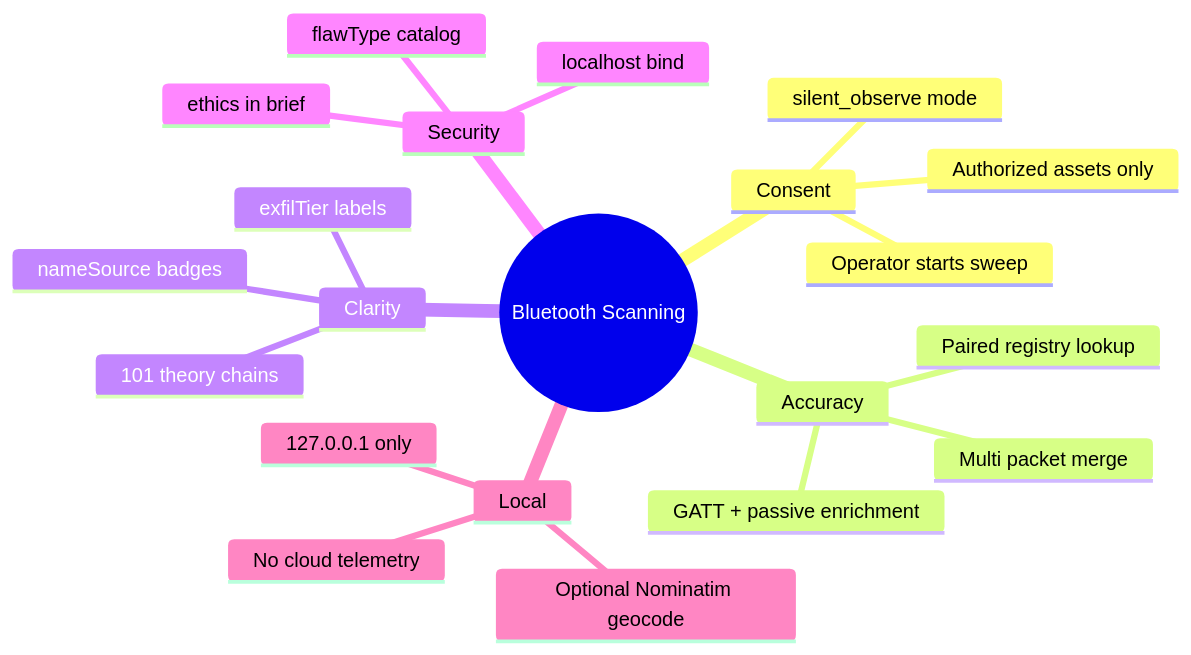
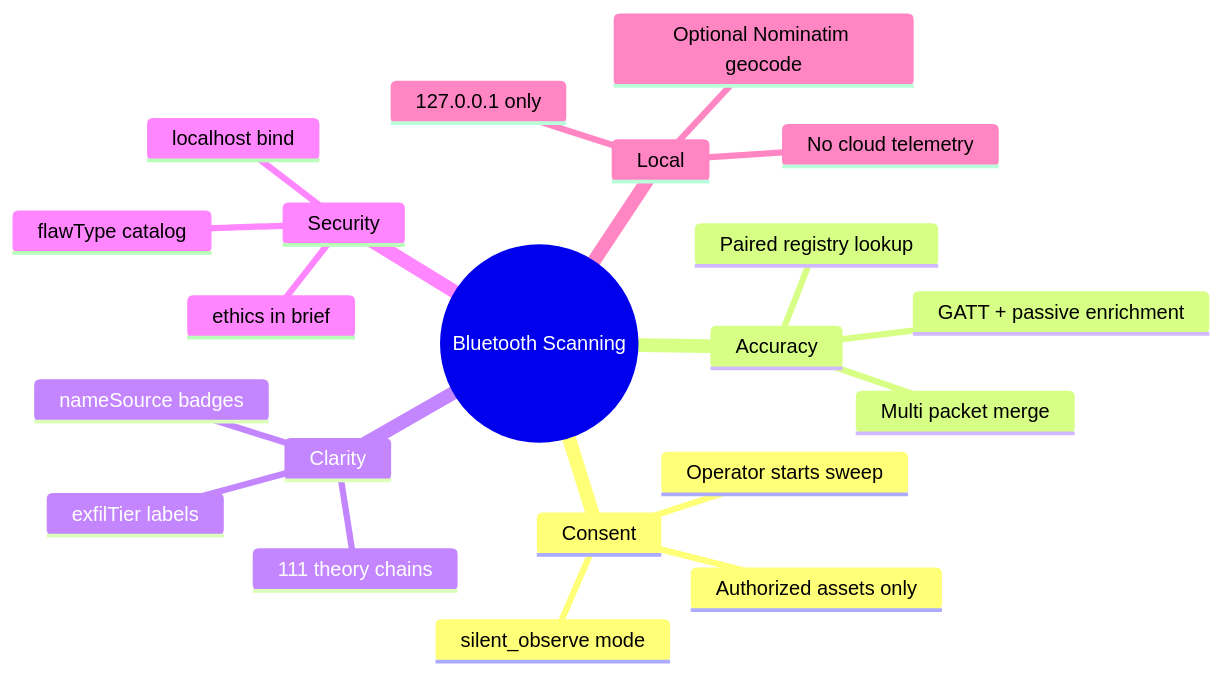
The sixth of 6 diagrams in README.md (shep95/bluetooth-scanning), drawn with Mermaid before and after one commit. The commit also changed other lines of this file and 4 other files, not shown here.

````diff
--- a/README.md
+++ b/README.md
@@ -595,24 +598,24 @@
 ```mermaid
 mindmap
   root((Bluetooth Scanning))
     Consent
       Operator starts sweep
       silent_observe mode
       Authorized assets only
     Accuracy
       Multi packet merge
       Paired registry lookup
       GATT + passive enrichment
     Clarity
       nameSource badges
       exfilTier labels
-      101 theory chains
+      111 theory chains
     Security
       localhost bind
       flawType catalog
       ethics in brief
     Local
       127.0.0.1 only
       No cloud telemetry
       Optional Nominatim geocode
 ```
````
